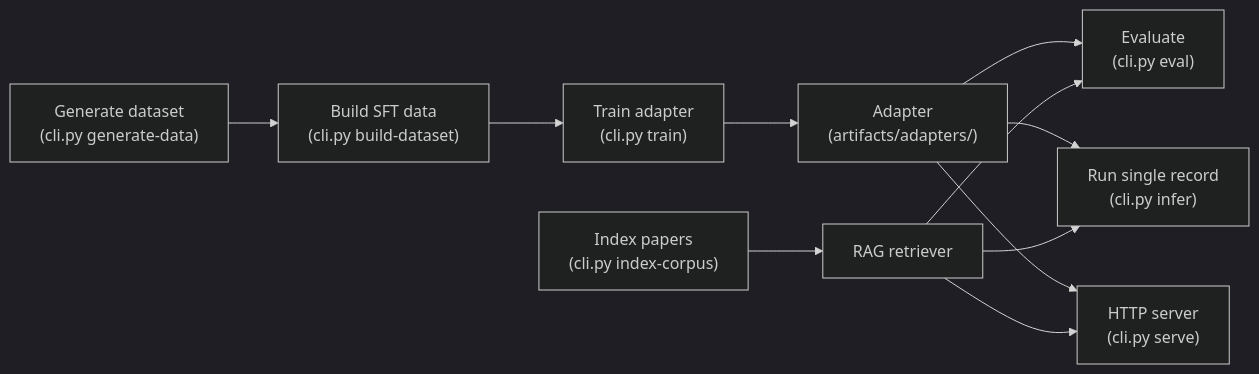
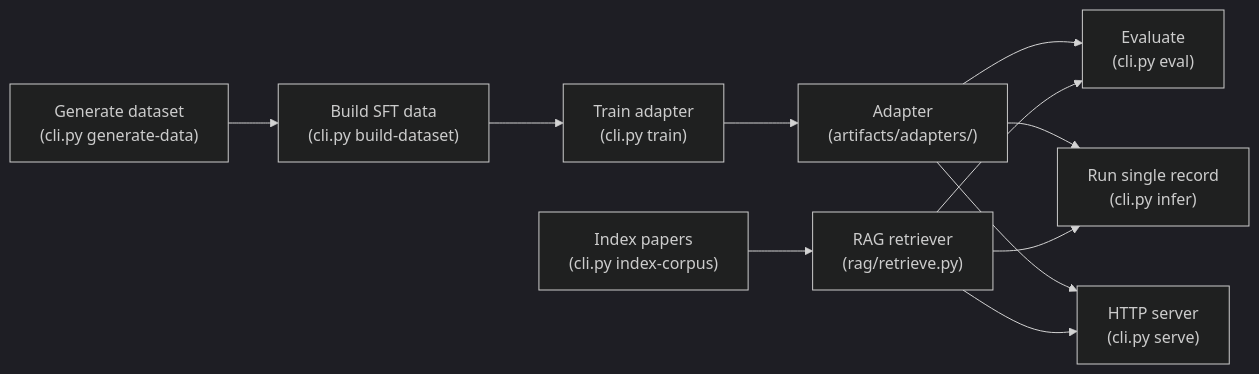
One commit to AngadKumar16/FSI-SLM changed the second of 4 diagrams in docs/workflow.md. Above: the diagram before and after it, drawn with Mermaid (dark theme). The commit also changed other lines of this file, not shown here.

````diff
--- a/docs/workflow.md
+++ b/docs/workflow.md
@@ -64,13 +64,13 @@
 ```mermaid
 flowchart LR
     G["Generate dataset<br/>(cli.py generate-data)"] --> B["Build SFT data<br/>(cli.py build-dataset)"]
-    I1["Index papers<br/>(cli.py index-corpus)"] --> R["RAG retriever"]
+    I1["Index papers<br/>(cli.py index-corpus)"] --> R["RAG retriever<br/>(rag/retrieve.py)"]
     B --> T["Train adapter<br/>(cli.py train)"]
     T --> A["Adapter<br/>(artifacts/adapters/)"]
     A --> E["Evaluate<br/>(cli.py eval)"]
     A --> IN["Run single record<br/>(cli.py infer)"]
     A --> S["HTTP server<br/>(cli.py serve)"]
     R --> IN
     R --> S
     R --> E
 ```
````
